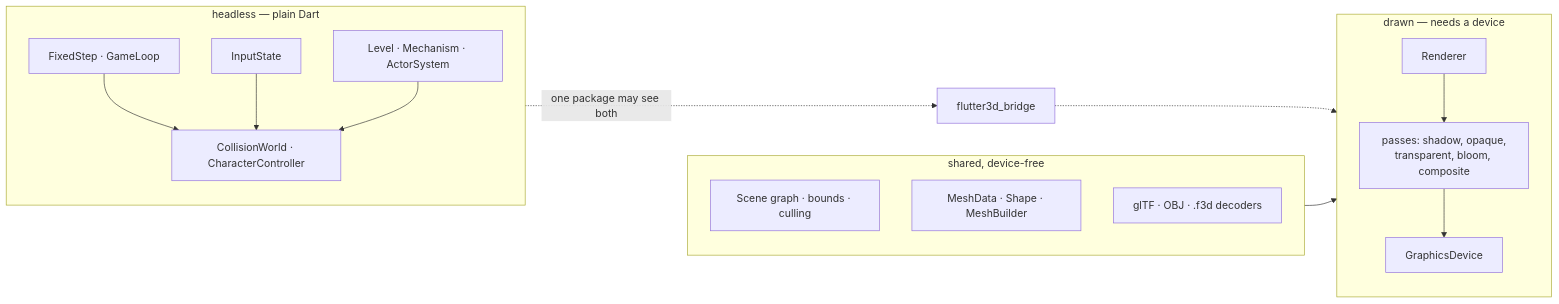
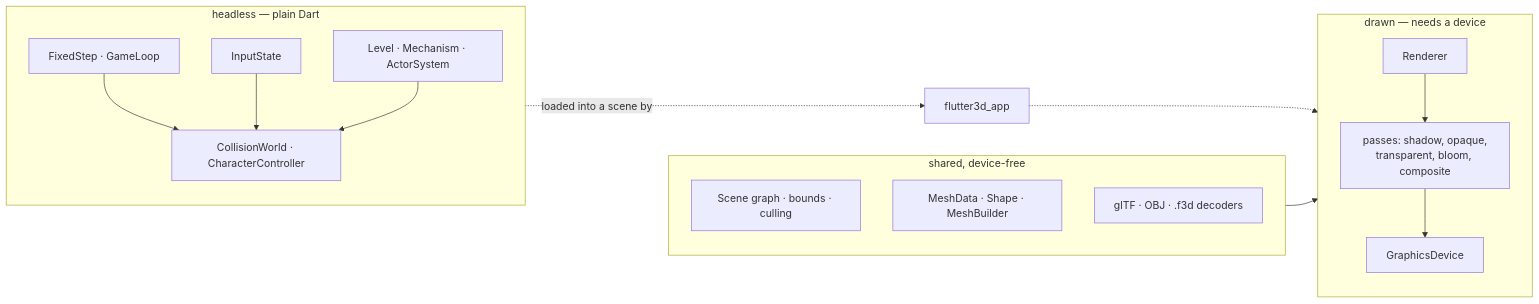
One commit to pleiondev/flutter3d changed the diagram in site/content/core/index.md. Above: the diagram before and after it, drawn with Mermaid. The commit also changed other lines of this file and 344 other files, not shown here.

First line of the commit message:
Split flutter3d_session and flutter3d_bridge between flutter3d_app and flutter3d_game.

````diff
--- a/site/content/core/index.md
+++ b/site/content/core/index.md
@@ -35,32 +35,32 @@
 ```mermaid
 flowchart LR
   subgraph drawn["drawn — needs a device"]
     direction TB
     renderer["Renderer"]
     passes["passes: shadow, opaque,<br>transparent, bloom, composite"]
     device["GraphicsDevice"]
     renderer --> passes --> device
   end
 
   subgraph headless["headless — plain Dart"]
     direction TB
     step["FixedStep · GameLoop"]
     input["InputState"]
     world["CollisionWorld · CharacterController"]
     level["Level · Mechanism · ActorSystem"]
     step --> world
     input --> world
     level --> world
   end
 
   subgraph shared["shared, device-free"]
     direction TB
     scene["Scene graph · bounds · culling"]
     geom["MeshData · Shape · MeshBuilder"]
     assets["glTF · OBJ · .f3d decoders"]
   end
 
-  headless -. "one package may see both" .-> bridge["flutter3d_bridge"]
-  bridge -.-> drawn
+  headless -. "loaded into a scene by" .-> app["flutter3d_app"]
+  app -.-> drawn
   shared --> drawn
 ```
````
